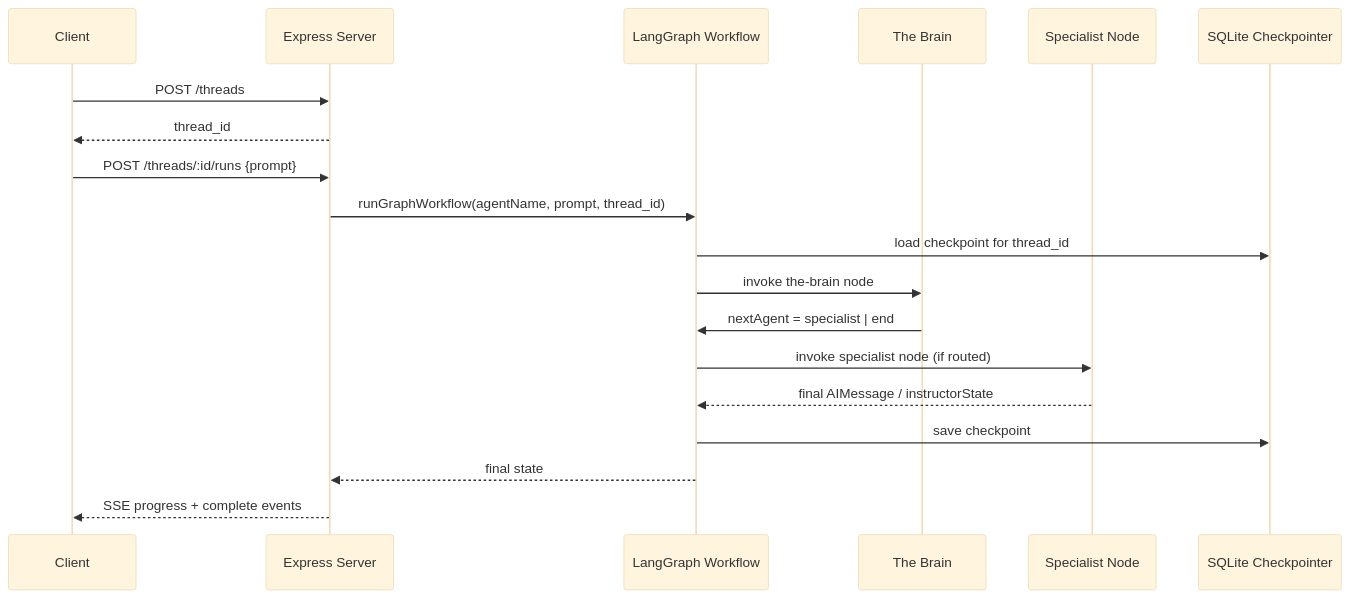
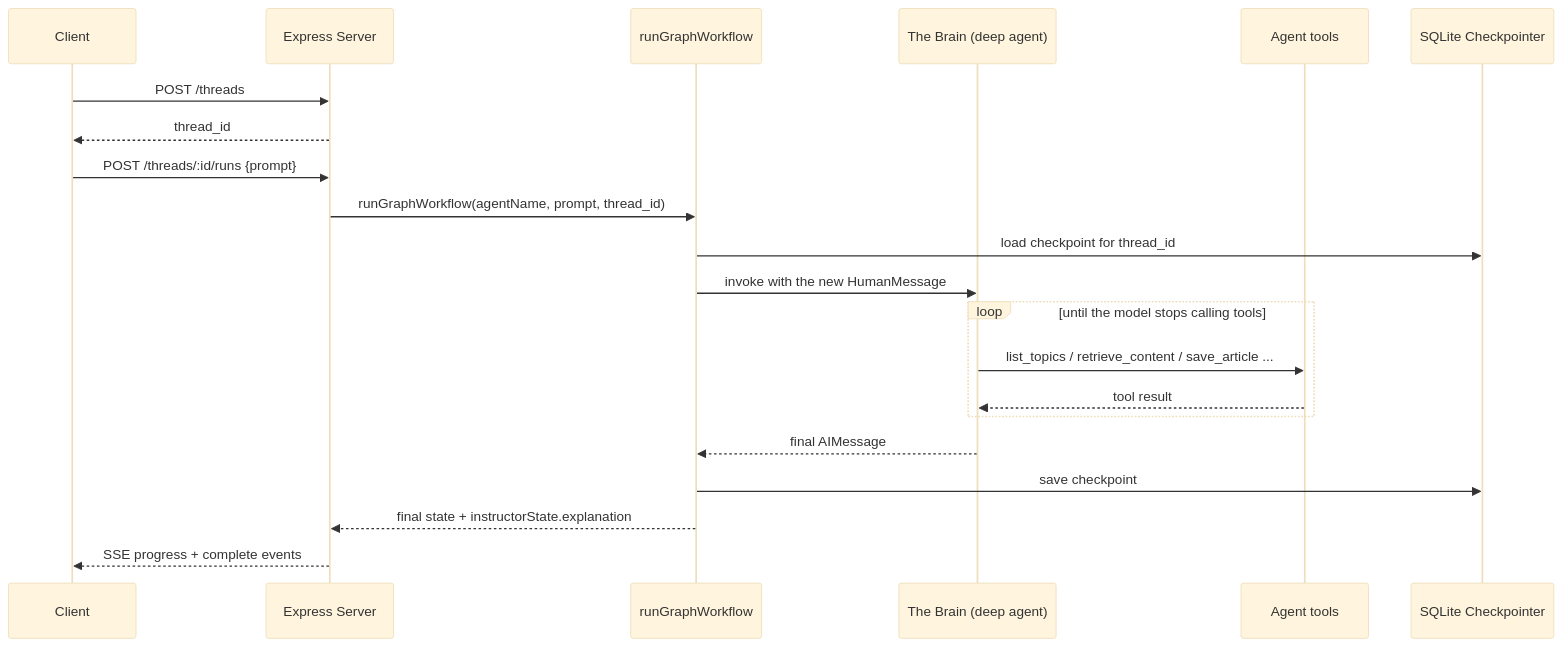
One commit to thiagocolen/pinky-and-the-brain changed the diagram in docs/docs/developer/architecture.mdx. Above: the diagram before and after it, drawn with Mermaid (base theme). The commit also changed other lines of this file and 39 other files, not shown here.

````diff
--- a/docs/docs/developer/architecture.mdx
+++ b/docs/docs/developer/architecture.mdx
@@ -81,22 +55,24 @@
 ```mermaid
 sequenceDiagram
     participant Client
     participant Server as Express Server
-    participant Graph as LangGraph Workflow
-    participant Brain as The Brain
-    participant Spec as Specialist Node
+    participant Graph as runGraphWorkflow
+    participant Brain as The Brain (deep agent)
+    participant Tools as Agent tools
     participant DB as SQLite Checkpointer
 
     Client->>Server: POST /threads
     Server-->>Client: thread_id
     Client->>Server: POST /threads/:id/runs {prompt}
     Server->>Graph: runGraphWorkflow(agentName, prompt, thread_id)
     Graph->>DB: load checkpoint for thread_id
-    Graph->>Brain: invoke the-brain node
-    Brain->>Graph: nextAgent = specialist | end
-    Graph->>Spec: invoke specialist node (if routed)
-    Spec-->>Graph: final AIMessage / instructorState
+    Graph->>Brain: invoke with the new HumanMessage
+    loop until the model stops calling tools
+        Brain->>Tools: list_topics / retrieve_content / save_article ...
+        Tools-->>Brain: tool result
+    end
+    Brain-->>Graph: final AIMessage
     Graph->>DB: save checkpoint
-    Graph-->>Server: final state
+    Graph-->>Server: final state + instructorState.explanation
     Server-->>Client: SSE progress + complete events
 ```
````
